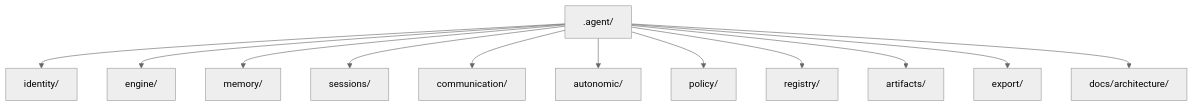
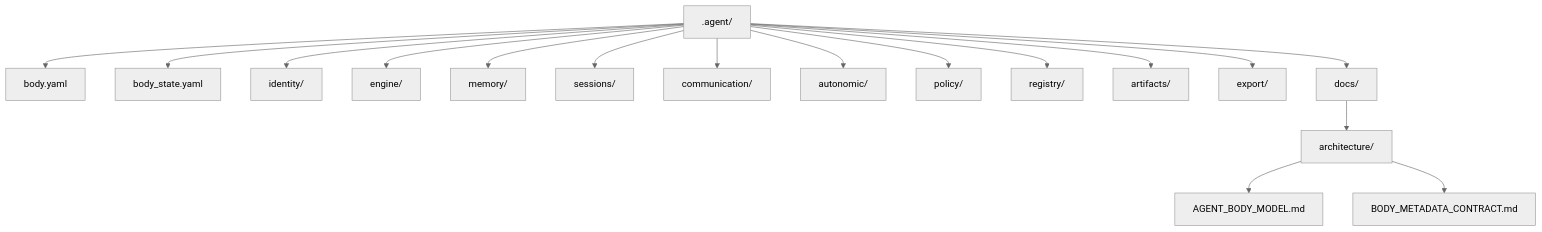
The diagram in .agent/docs/architecture/AGENT_BODY_MODEL.md (SungYongMOON/soulforge), drawn with Mermaid (neutral theme) before and after one commit. The commit also changed other lines of this file and 17 other files, not shown here.

````diff
--- a/.agent/docs/architecture/AGENT_BODY_MODEL.md
+++ b/.agent/docs/architecture/AGENT_BODY_MODEL.md
@@ -12,14 +12,19 @@
 ```mermaid
 flowchart TD
-  B[".agent/"] --> I["identity/"]
+  B[".agent/"] --> BY["body.yaml"]
+  B --> BS["body_state.yaml"]
+  B --> I["identity/"]
   B --> E["engine/"]
   B --> M["memory/"]
   B --> S["sessions/"]
   B --> C["communication/"]
   B --> A["autonomic/"]
   B --> P["policy/"]
   B --> R["registry/"]
   B --> AR["artifacts/"]
   B --> EX["export/"]
-  B --> D["docs/architecture/"]
+  B --> D["docs/"]
+  D --> DA["architecture/"]
+  DA --> DM["AGENT_BODY_MODEL.md"]
+  DA --> DC["BODY_METADATA_CONTRACT.md"]
 ```
````
